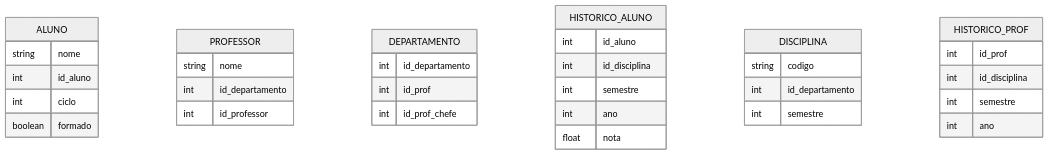
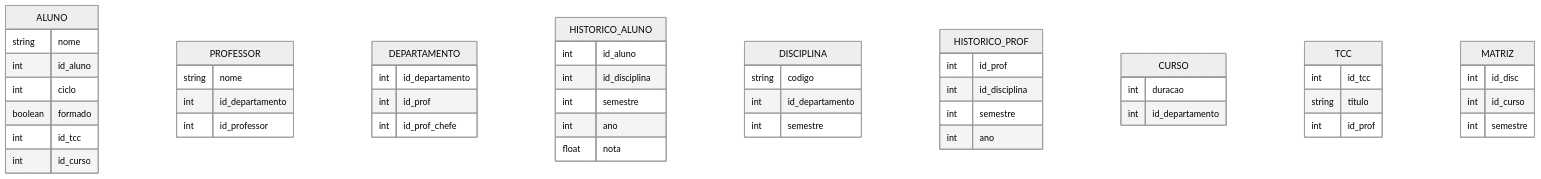
One commit to wholocked1/Banco_de_dados changed the diagram in README.md. Above: the diagram before and after it, drawn with Mermaid (neutral theme).

````diff
--- a/README.md
+++ b/README.md
@@ -7,41 +7,55 @@
 ``` mermaid
 erDiagram
     ALUNO {
         string nome
         int id_aluno
         int ciclo
         boolean formado
+        int id_tcc
+        int id_curso
     }
     PROFESSOR {
         string nome
         int id_departamento
         int id_professor
     }
     DEPARTAMENTO {
         int id_departamento
         int id_prof
         int id_prof_chefe
     }
     HISTORICO_ALUNO{
         int id_aluno
         int id_disciplina
         int semestre
         int ano
         float nota
     }
     DISCIPLINA{
         string codigo
         int id_departamento
         int semestre
     }
     HISTORICO_PROF{
         int id_prof
         int id_disciplina
         int semestre
         int ano
     }
-    
-  
-    
+    CURSO{
+        int duracao
+        int id_departamento
+    }
+    TCC{
+        int id_tcc
+        string titulo
+        int id_prof
+    } 
+    MATRIZ{
+        int id_disc
+        int id_curso
+        int semestre
+    }
+
   
 ```
````
